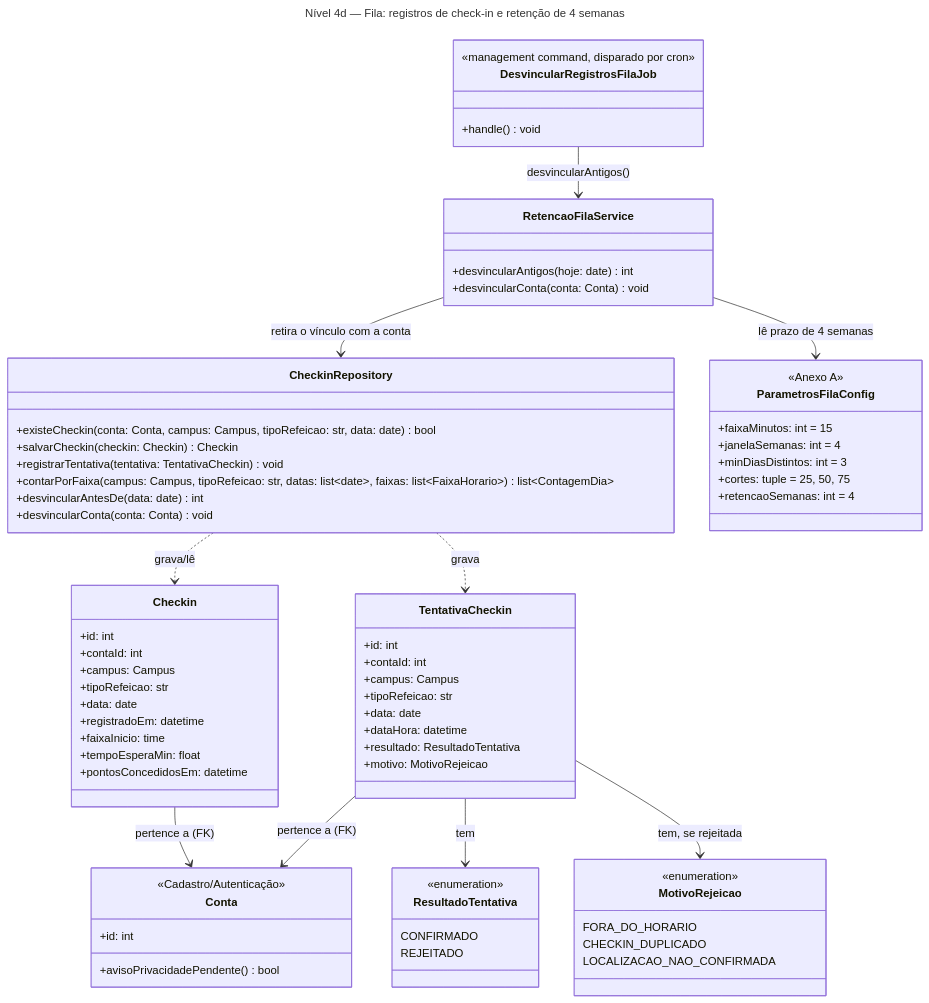
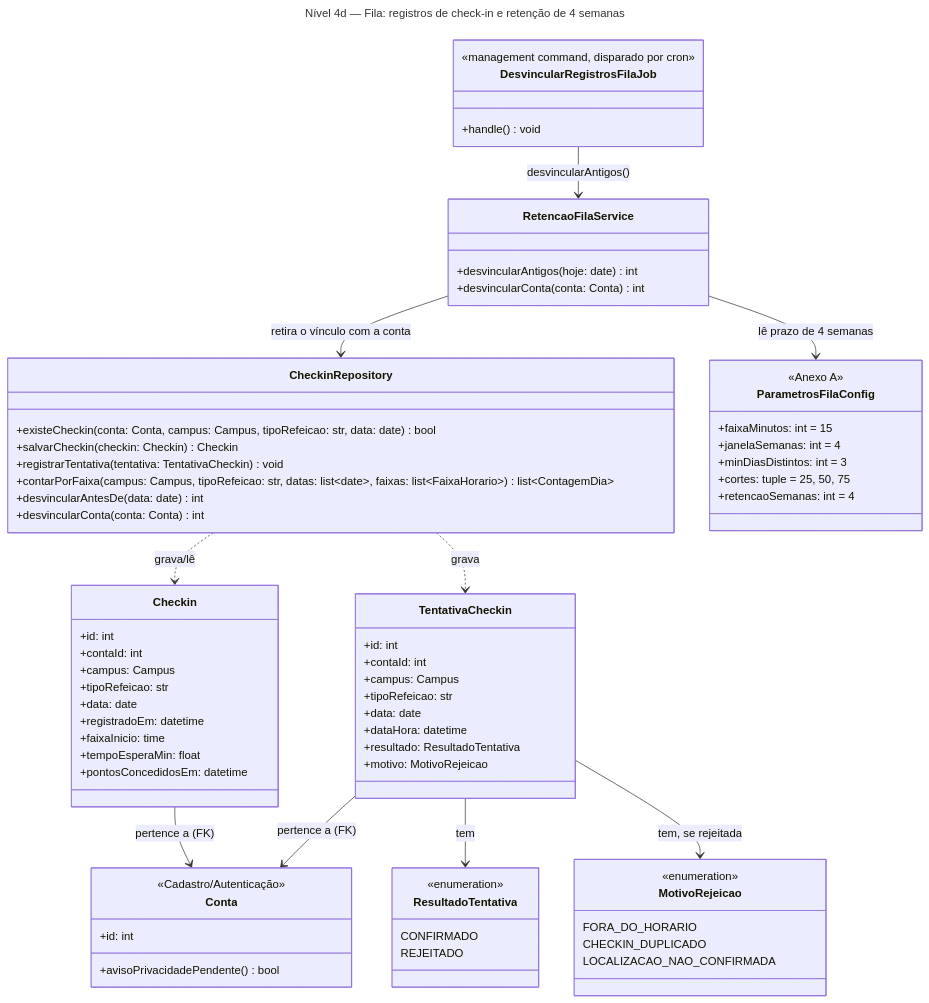
The fourth of 4 diagrams in docs/arquitetura/backend/c4-nivel-4-fila.md (unb-mds/2026-2-Bandejao-UnB), drawn with Mermaid before and after one commit. The commit also changed other lines of this file and 4 other files, not shown here.

````diff
--- a/docs/arquitetura/backend/c4-nivel-4-fila.md
+++ b/docs/arquitetura/backend/c4-nivel-4-fila.md
@@ -648,77 +648,77 @@
 ```mermaid
 ---
 title: "Nível 4d — Fila: registros de check-in e retenção de 4 semanas"
 ---
 classDiagram
   class Checkin {
     +id: int
     +contaId: int
     +campus: Campus
     +tipoRefeicao: str
     +data: date
     +registradoEm: datetime
     +faixaInicio: time
     +tempoEsperaMin: float
     +pontosConcedidosEm: datetime
   }
   class TentativaCheckin {
     +id: int
     +contaId: int
     +campus: Campus
     +tipoRefeicao: str
     +data: date
     +dataHora: datetime
     +resultado: ResultadoTentativa
     +motivo: MotivoRejeicao
   }
   class ResultadoTentativa {
     <<enumeration>>
     CONFIRMADO
     REJEITADO
   }
   class MotivoRejeicao {
     <<enumeration>>
     FORA_DO_HORARIO
     CHECKIN_DUPLICADO
     LOCALIZACAO_NAO_CONFIRMADA
   }
   class CheckinRepository {
     +existeCheckin(conta: Conta, campus: Campus, tipoRefeicao: str, data: date) bool
     +salvarCheckin(checkin: Checkin) Checkin
     +registrarTentativa(tentativa: TentativaCheckin) void
     +contarPorFaixa(campus: Campus, tipoRefeicao: str, datas: list~date~, faixas: list~FaixaHorario~) list~ContagemDia~
     +desvincularAntesDe(data: date) int
-    +desvincularConta(conta: Conta) void
+    +desvincularConta(conta: Conta) int
   }
   class RetencaoFilaService {
     +desvincularAntigos(hoje: date) int
-    +desvincularConta(conta: Conta) void
+    +desvincularConta(conta: Conta) int
   }
   class DesvincularRegistrosFilaJob {
     <<management command, disparado por cron>>
     +handle() void
   }
   class ParametrosFilaConfig {
     <<Anexo A>>
     +faixaMinutos: int = 15
     +janelaSemanas: int = 4
     +minDiasDistintos: int = 3
     +cortes: tuple = 25, 50, 75
     +retencaoSemanas: int = 4
   }
   class Conta {
     <<Cadastro/Autenticação>>
     +id: int
     +avisoPrivacidadePendente() bool
   }
 
   CheckinRepository ..> Checkin : grava/lê
   CheckinRepository ..> TentativaCheckin : grava
   TentativaCheckin --> ResultadoTentativa : tem
   TentativaCheckin --> MotivoRejeicao : tem, se rejeitada
   DesvincularRegistrosFilaJob --> RetencaoFilaService : desvincularAntigos()
   RetencaoFilaService --> ParametrosFilaConfig : lê prazo de 4 semanas
   RetencaoFilaService --> CheckinRepository : retira o vínculo com a conta
   Checkin --> Conta : pertence a (FK)
   TentativaCheckin --> Conta : pertence a (FK)
 ```
````
